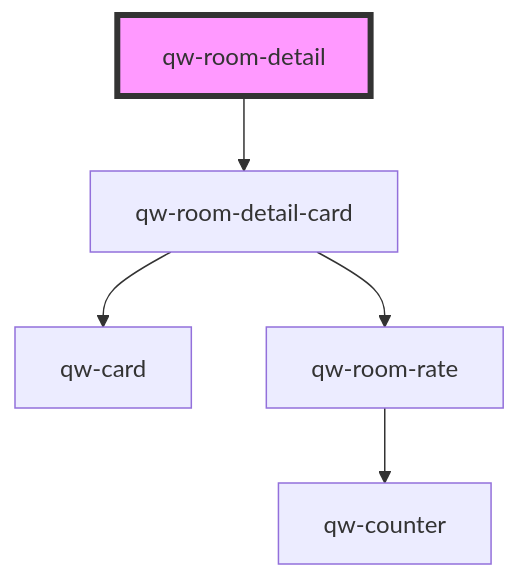
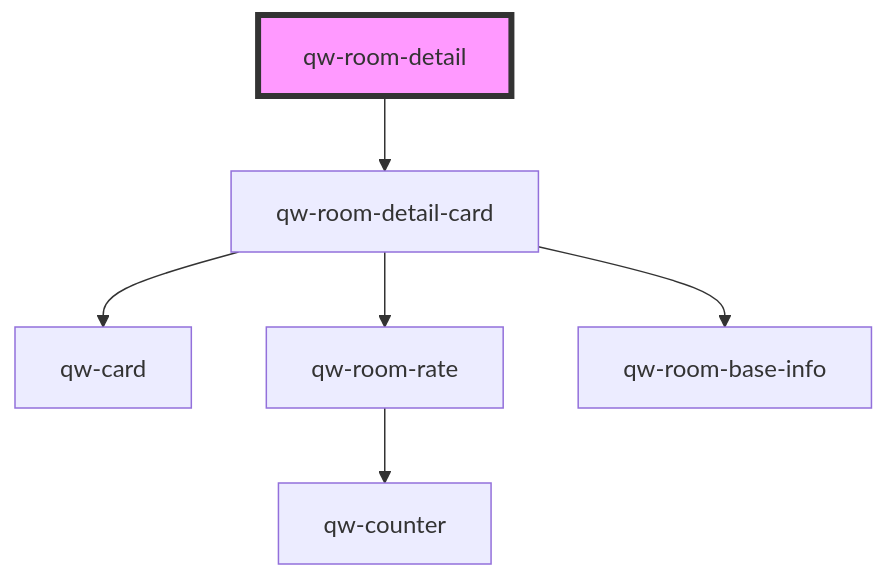
Before and after one commit to qwentes-team/qw-hotels: the diagram in src/components/qw-room-detail/readme.md, drawn with Mermaid. The commit also changed 9 other files, not shown here.

````diff
--- a/src/components/qw-room-detail/readme.md
+++ b/src/components/qw-room-detail/readme.md
@@ -29,8 +29,9 @@
 ```mermaid
 graph TD;
   qw-room-detail --> qw-room-detail-card
   qw-room-detail-card --> qw-card
   qw-room-detail-card --> qw-room-rate
+  qw-room-detail-card --> qw-room-base-info
   qw-room-rate --> qw-counter
   style qw-room-detail fill:#f9f,stroke:#333,stroke-width:4px
 ```
````
